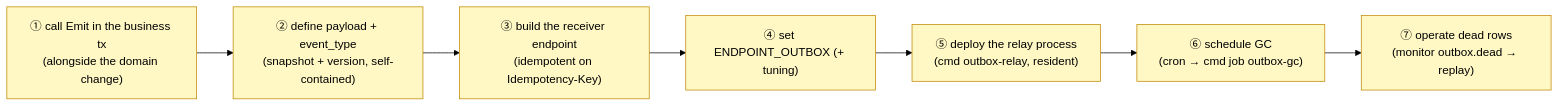
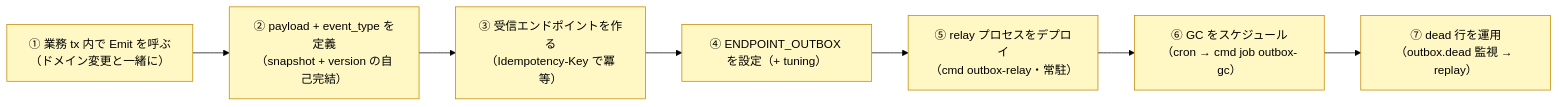
One commit to Tomy-ch/go-boilerplate changed the fifth of 5 diagrams in docs/design/outbox.md. Above: the diagram before and after it, drawn with Mermaid (forest theme). The commit also changed other lines of this file and 970 other files, not shown here.

````diff
--- a/docs/design/outbox.md
+++ b/docs/design/outbox.md
@@ -226,12 +223,12 @@
 ```mermaid
 flowchart LR
-    EM["① call Emit in the business tx<br/>(alongside the domain change)"]:::need
-    PL["② define payload + event_type<br/>(snapshot + version, self-contained)"]:::need
-    RC["③ build the receiver endpoint<br/>(idempotent on Idempotency-Key)"]:::need
-    CF["④ set ENDPOINT_OUTBOX (+ tuning)"]:::need
-    DP["⑤ deploy the relay process<br/>(cmd outbox-relay, resident)"]:::need
-    GC["⑥ schedule GC<br/>(cron → cmd job outbox-gc)"]:::need
-    OP["⑦ operate dead rows<br/>(monitor outbox.dead → replay)"]:::need
+    EM["① 業務 tx 内で Emit を呼ぶ<br/>（ドメイン変更と一緒に）"]:::need
+    PL["② payload + event_type を定義<br/>（snapshot + version の自己完結）"]:::need
+    RC["③ 受信エンドポイントを作る<br/>（Idempotency-Key で冪等）"]:::need
+    CF["④ ENDPOINT_OUTBOX を設定（+ tuning）"]:::need
+    DP["⑤ relay プロセスをデプロイ<br/>（cmd outbox-relay・常駐）"]:::need
+    GC["⑥ GC をスケジュール<br/>（cron → cmd job outbox-gc）"]:::need
+    OP["⑦ dead 行を運用<br/>（outbox.dead 監視 → replay）"]:::need
     EM --> PL --> RC --> CF --> DP --> GC --> OP
     classDef need fill:#fff8c5,stroke:#bf8700;
 ```
````
